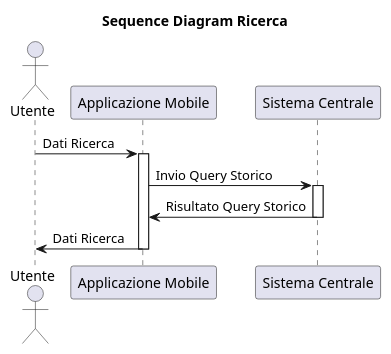
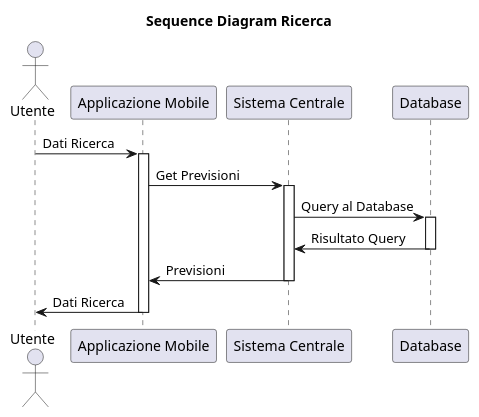
One commit to xFA25E/sweng_14_2019 changed the diagram in docs/diagrams/sequence/ricerca.puml. Above: the diagram before and after it, drawn with PlantUML.

```diff
--- a/docs/diagrams/sequence/ricerca.puml
+++ b/docs/diagrams/sequence/ricerca.puml
@@ -1,16 +1,22 @@
 @startuml
 title Sequence Diagram Ricerca
 actor Utente
 
 Utente -> "Applicazione Mobile": Dati Ricerca
 activate "Applicazione Mobile"
 
-"Applicazione Mobile" -> "Sistema Centrale": Invio Query Storico
+"Applicazione Mobile" -> "Sistema Centrale": Get Previsioni
 activate "Sistema Centrale"
 
-"Sistema Centrale" -> "Applicazione Mobile": Risultato Query Storico
+"Sistema Centrale" -> "Database": Query al Database
+activate "Database"
+
+"Database" -> "Sistema Centrale": Risultato Query
+deactivate "Database"
+
+"Sistema Centrale" -> "Applicazione Mobile": Previsioni
 deactivate "Sistema Centrale"
 
 "Applicazione Mobile" -> Utente: Dati Ricerca
 deactivate "Applicazione Mobile"
 @enduml
```
